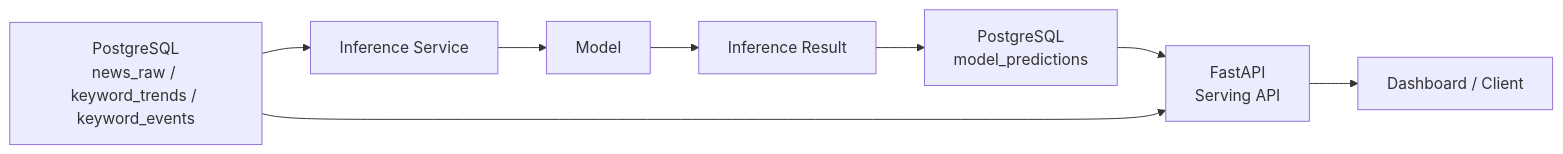
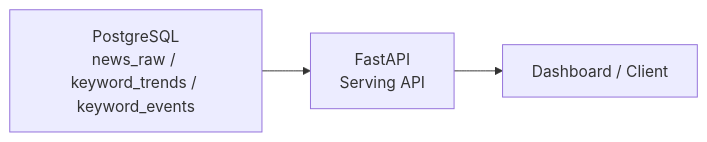
Before and after one commit to yeongmin-yu/news-trend-pipeline-dev: the second of 2 diagrams in docs/develop/Q5_SERVING.md, drawn with Mermaid.

Commit message:
Simplify inference flow diagram in documentation

````diff
--- a/docs/develop/Q5_SERVING.md
+++ b/docs/develop/Q5_SERVING.md
@@ -60,11 +60,6 @@
 ```mermaid
 flowchart LR
-    A["PostgreSQL<br/>news_raw / keyword_trends / keyword_events"] --> B["Inference Service"]
-    B --> C["Model"]
-    C --> D["Inference Result"]
-    D --> E["PostgreSQL<br/>model_predictions"]
-
-    E --> F["FastAPI<br/>Serving API"]
-    A --> F
+    A["PostgreSQL<br/>news_raw / keyword_trends / keyword_events"] --> F["FastAPI<br/>Serving API"]
+    
     F --> G["Dashboard / Client"]
 ```
````
